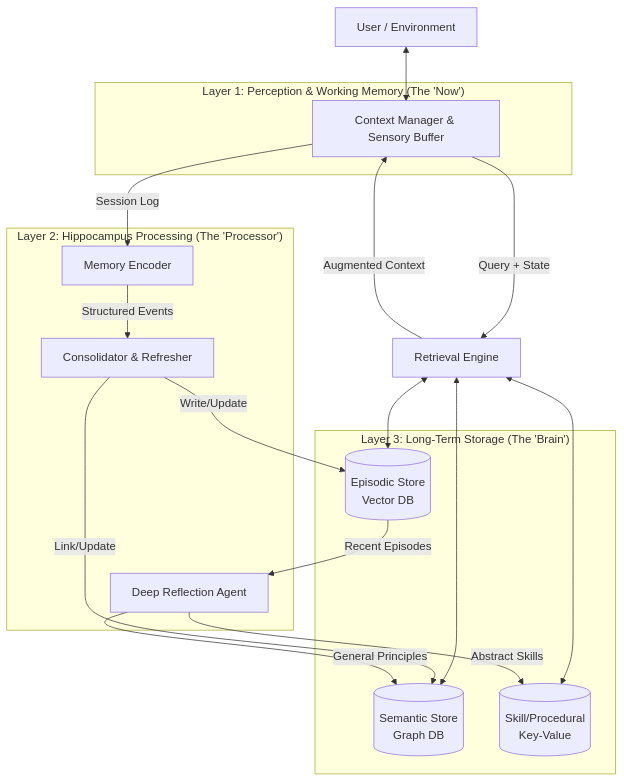
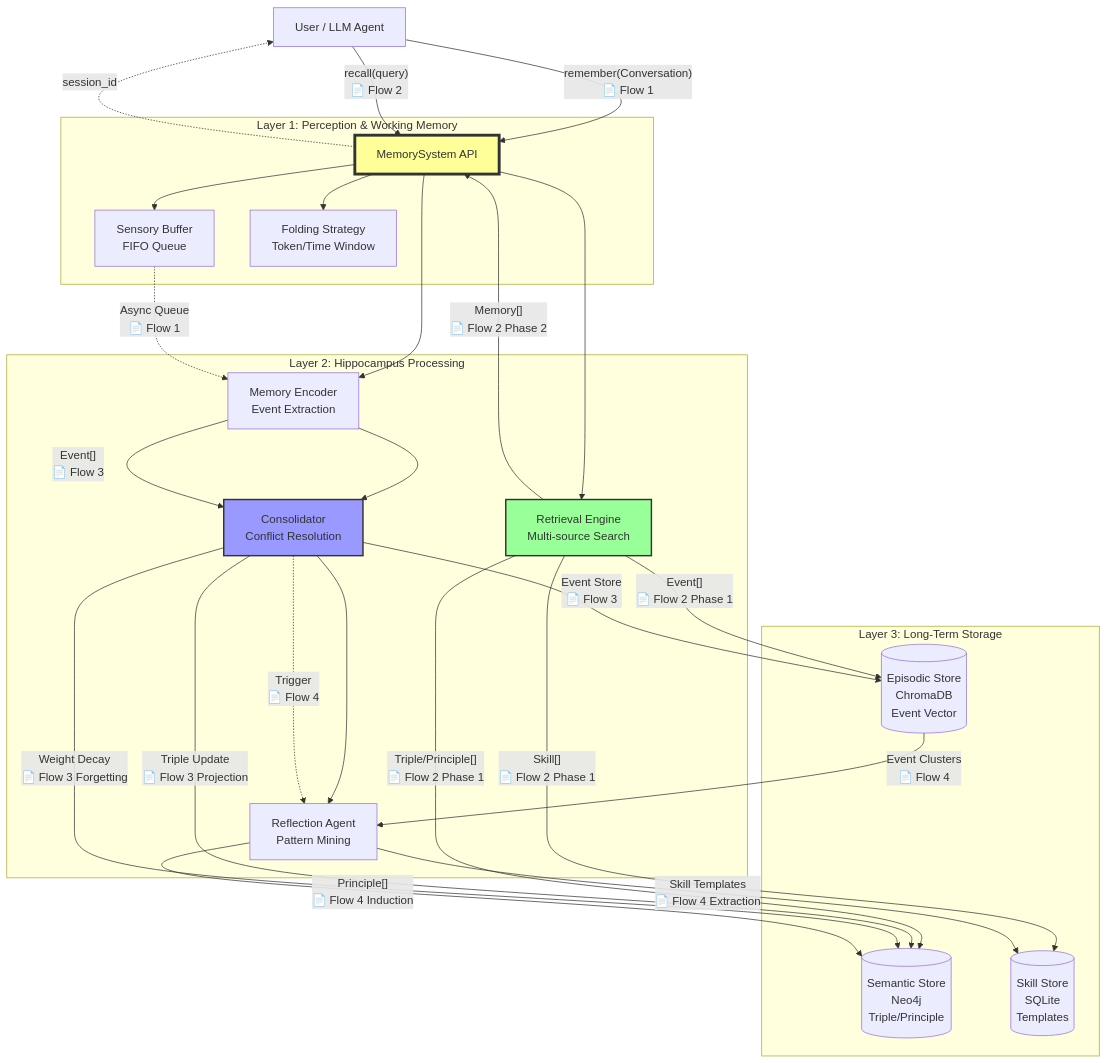
Before and after one commit to Lincyaw/h-mem: the first of 2 diagrams in docs/architecture.md, drawn with Mermaid. The commit also changed other lines of this file and 15 other files, not shown here.

````diff
--- a/docs/architecture.md
+++ b/docs/architecture.md
@@ -7,38 +11,52 @@
 ```mermaid
 graph TD  
-    User[User / Environment] <--> ContextMgr[Context Manager & Sensory Buffer]  
+    User[User / LLM Agent]
+    
+    User -->|"remember(Conversation)<br/>📄 Flow 1"| MemSys[MemorySystem API]
+    User -->|"recall(query)<br/>📄 Flow 2"| MemSys
       
-    subgraph "Layer 1: Perception & Working Memory (The 'Now')"  
-        ContextMgr  
+    subgraph "Layer 1: Perception & Working Memory"  
+        MemSys --> SensoryBuffer[Sensory Buffer<br/>FIFO Queue]
+        MemSys --> FoldingStrategy[Folding Strategy<br/>Token/Time Window]
     end
 
-    subgraph "Layer 2: Hippocampus Processing (The 'Processor')"  
-        Encoder[Memory Encoder]  
-        Consolidator[Consolidator & Refresher]  
-        Reflector[Deep Reflection Agent]  
+    subgraph "Layer 2: Hippocampus Processing"  
+        MemSys --> RetrievalEngine[Retrieval Engine<br/>Multi-source Search]
+        MemSys --> Encoder[Memory Encoder<br/>Event Extraction]
+        Encoder --> Consolidator[Consolidator<br/>Conflict Resolution]
+        Consolidator --> Reflector[Reflection Agent<br/>Pattern Mining]
     end
 
-    subgraph "Layer 3: Long-Term Storage (The 'Brain')"  
-        EpisodicDB[(Episodic Store<br/>Vector DB)]  
-        SemanticDB[(Semantic Store<br/>Graph DB)]  
-        SkillDB[(Skill/Procedural<br/>Key-Value)]  
+    subgraph "Layer 3: Long-Term Storage"  
+        EpisodicDB[(Episodic Store<br/>ChromaDB<br/>Event Vector)]  
+        SemanticDB[(Semantic Store<br/>Neo4j<br/>Triple/Principle)]  
+        SkillDB[(Skill Store<br/>SQLite<br/>Templates)]  
     end
 
-    %% Hot Path (Retrieval)  
-    ContextMgr -- "Query + State" --> RetrievalEngine[Retrieval Engine]  
-    RetrievalEngine <--> EpisodicDB  
-    RetrievalEngine <--> SemanticDB  
-    RetrievalEngine <--> SkillDB  
-    RetrievalEngine -- "Augmented Context" --> ContextMgr
+    %% Hot Path - recall() [Flow 2]
+    RetrievalEngine -->|"Event[]<br/>📄 Flow 2 Phase 1"| EpisodicDB  
+    RetrievalEngine -->|"Triple/Principle[]<br/>📄 Flow 2 Phase 1"| SemanticDB  
+    RetrievalEngine -->|"Skill[]<br/>📄 Flow 2 Phase 1"| SkillDB
+    RetrievalEngine -->|"Memory[]<br/>📄 Flow 2 Phase 2"| MemSys
 
-    %% Cold Path (Consolidation)  
-    ContextMgr -- "Session Log" --> Encoder  
-    Encoder -- "Structured Events" --> Consolidator  
-    Consolidator -- "Write/Update" --> EpisodicDB  
-    Consolidator -- "Link/Update" --> SemanticDB
+    %% Quick Path - remember() [Flow 1]
+    SensoryBuffer -.->|"Async Queue<br/>📄 Flow 1"| Encoder
 
-    %% Evolution Path (Induction)  
-    EpisodicDB -- "Recent Episodes" --> Reflector  
-    Reflector -- "General Principles" --> SemanticDB  
-    Reflector -- "Abstract Skills" --> SkillDB
+    %% Cold Path - Consolidation [Flow 3]
+    Encoder -->|"Event[]<br/>📄 Flow 3"| Consolidator  
+    Consolidator -->|"Event Store<br/>📄 Flow 3"| EpisodicDB  
+    Consolidator -->|"Triple Update<br/>📄 Flow 3 Projection"| SemanticDB
+    Consolidator -->|"Weight Decay<br/>📄 Flow 3 Forgetting"| SemanticDB
+
+    %% Evolution Path - Reflection [Flow 4]
+    Consolidator -.->|"Trigger<br/>📄 Flow 4"| Reflector
+    EpisodicDB -->|"Event Clusters<br/>📄 Flow 4"| Reflector  
+    Reflector -->|"Principle[]<br/>📄 Flow 4 Induction"| SemanticDB  
+    Reflector -->|"Skill Templates<br/>📄 Flow 4 Extraction"| SkillDB
+    
+    MemSys -.->|"session_id"| User
+
+    style MemSys fill:#ff9,stroke:#333,stroke-width:4px
+    style RetrievalEngine fill:#9f9,stroke:#333,stroke-width:2px
+    style Consolidator fill:#99f,stroke:#333,stroke-width:2px
 ```
````
